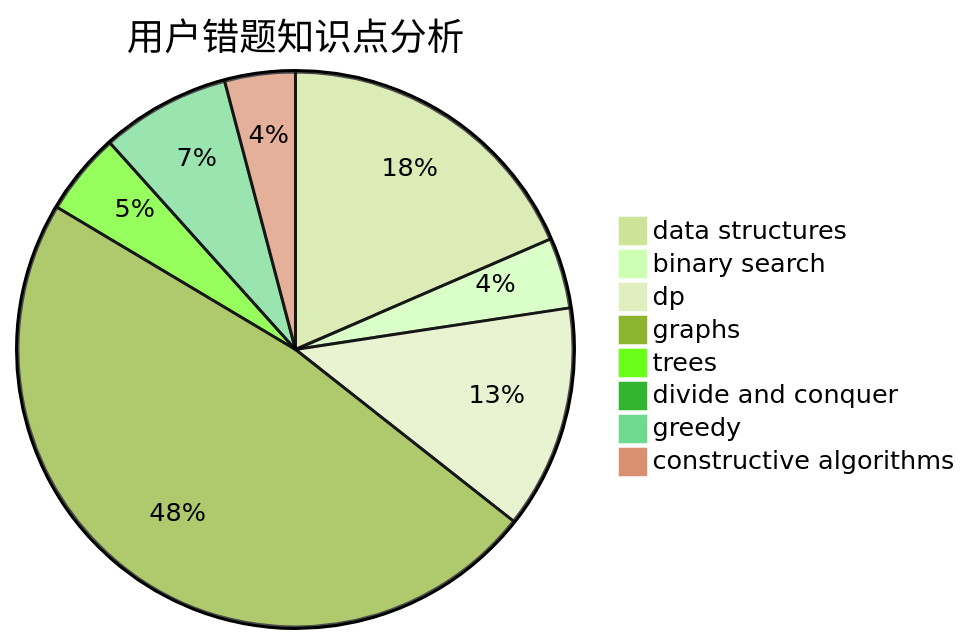
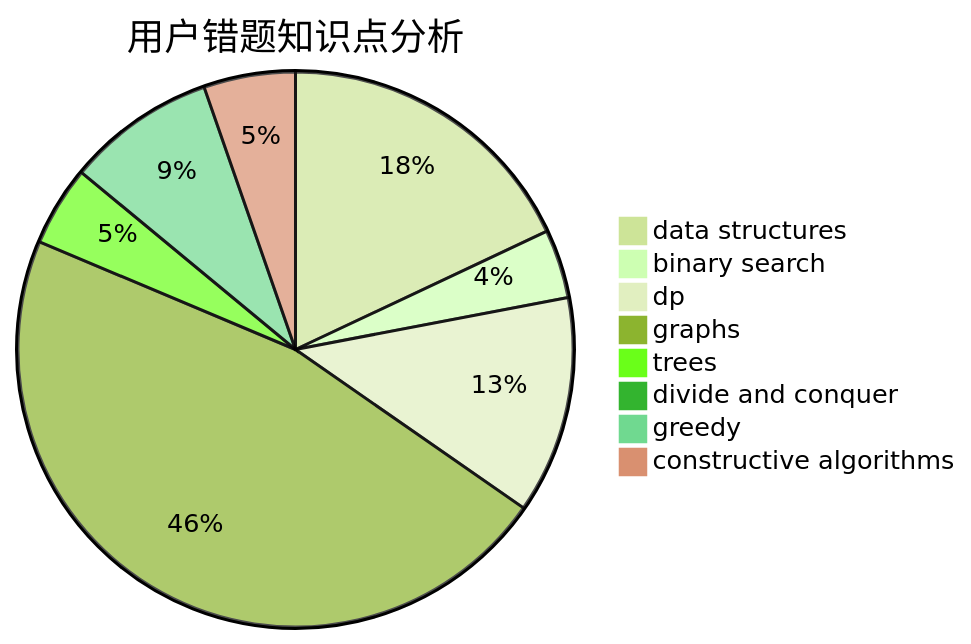
The third of 3 diagrams in docs/user/u1602.md (sherpahu/cfrs.github.io), drawn with Mermaid (forest theme) before and after one commit. The commit also changed other lines of this file and 2770 other files, not shown here.

````diff
--- a/docs/user/u1602.md
+++ b/docs/user/u1602.md
@@ -36,11 +36,11 @@
 ```mermaid
 pie title 用户错题知识点分析
     "data structures" :  27
     "binary search" :  6
     "dp" :  19
     "graphs" :  70
     "trees" :  7
     "divide and conquer" :  1
-    "greedy" :  11
-    "constructive algorithms" :  6
+    "greedy" :  13
+    "constructive algorithms" :  8
 ```
````
